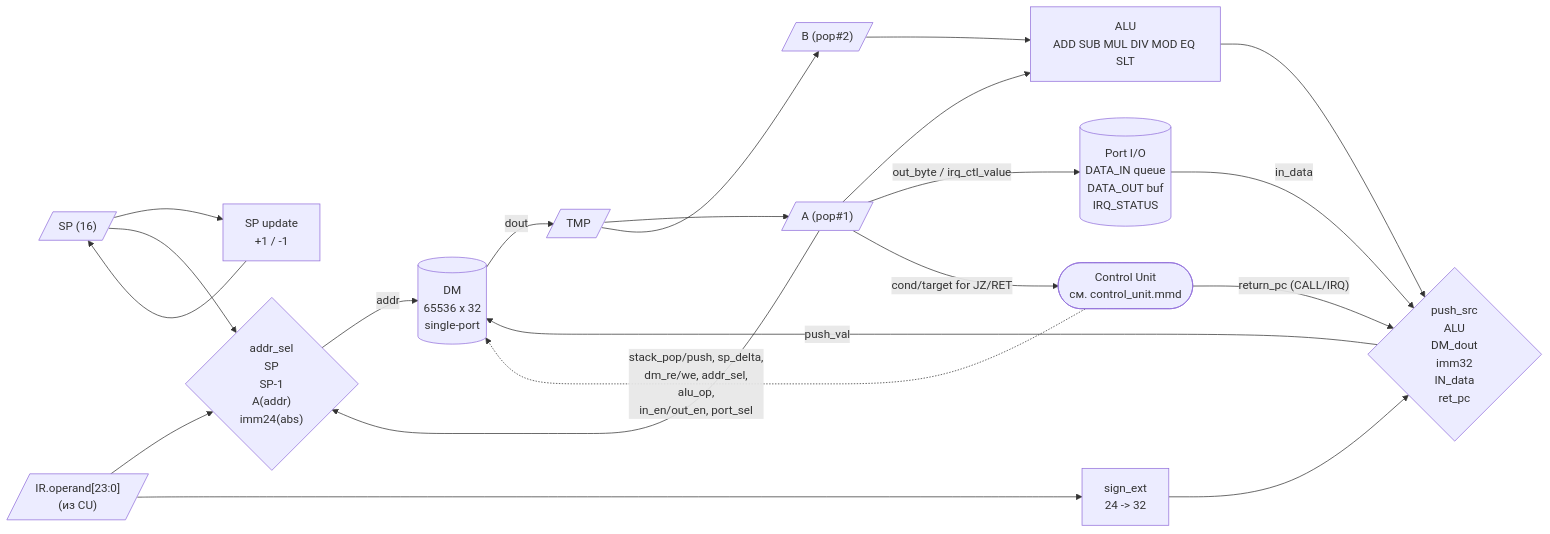
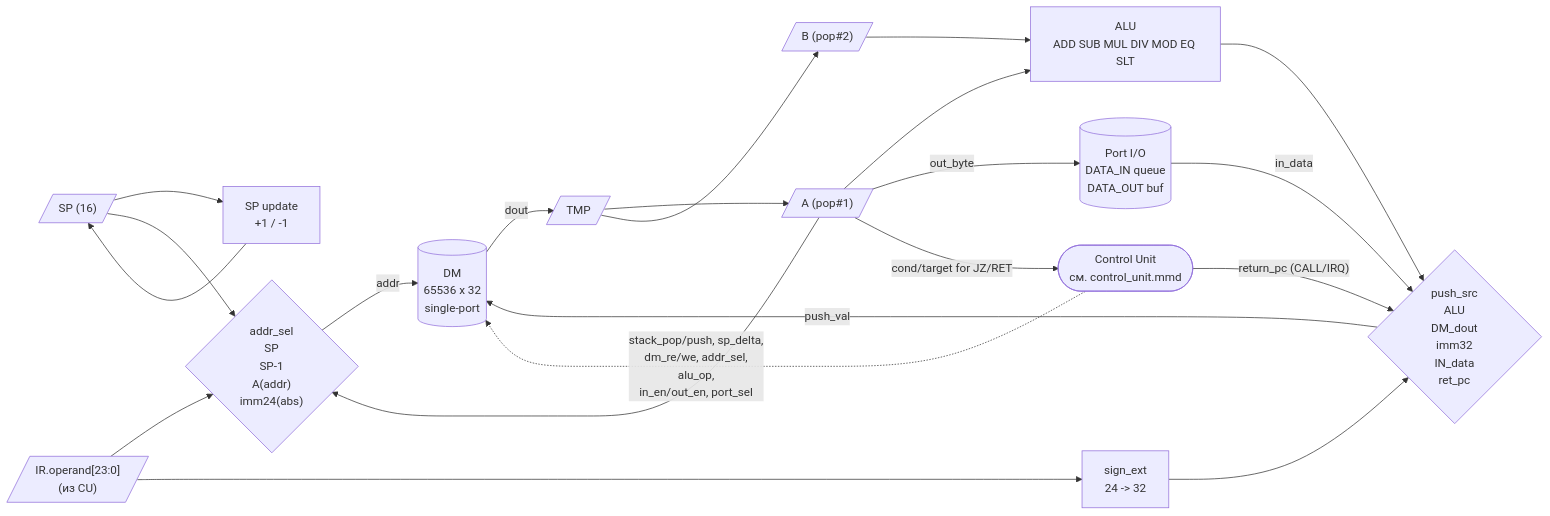
The diagram in hw/datapath.mmd (byTheTV/ak-lab4), drawn with Mermaid before and after one commit. The commit also changed 7 other files, not shown here.

```diff
--- a/hw/datapath.mmd
+++ b/hw/datapath.mmd
@@ -1,65 +1,65 @@
 %% DataPath, согласованный с src/ak_lab4/cpu.py.
 %% Стек хранится в DM, SP указывает на следующую свободную ячейку.
 %% Условные обозначения:
 %%   [/X/]  - регистр
 %%   [(M)]  - память
 %%   {MUX}  - мультиплексор
 %%   -->    - данные
 %%   -.->   - управляющий бандл
 flowchart LR
     %% ====== Регистры/буферы ======
     SP[/"SP (16)"/]
     A[/"A (pop#1)"/]
     B[/"B (pop#2)"/]
     TMP[/"TMP"/]
 
     %% ====== Память данных ======
     DM[("DM<br/>65536 x 32<br/>single-port")]
     SPSEL{"addr_sel<br/>SP<br/>SP-1<br/>A(addr)<br/>imm24(abs)"}
     SPU["SP update<br/>+1 / -1"]
 
     %% ====== ALU и immediate ======
     ALU["ALU<br/>ADD SUB MUL DIV MOD EQ SLT"]
     SEXT["sign_ext<br/>24 -> 32"]
     RESMUX{"push_src<br/>ALU<br/>DM_dout<br/>imm32<br/>IN_data<br/>ret_pc"}
 
     %% ====== Port I/O ======
-    IO[("Port I/O<br/>DATA_IN queue<br/>DATA_OUT buf<br/>IRQ_STATUS")]
+    IO[("Port I/O<br/>DATA_IN queue<br/>DATA_OUT buf")]
 
     %% ====== Интерфейс к Control Unit ======
     IRO[/"IR.operand[23:0]<br/>(из CU)"/]
     CU(["Control Unit<br/>см. control_unit.mmd"])
 
     %% ====== Базовые связи стека ======
     SP --> SPU --> SP
     SP --> SPSEL
     A --> SPSEL
     IRO --> SPSEL
     SPSEL -- "addr" --> DM
     DM -- "dout" --> TMP
 
     %% pop/pop2: чтение из DM в A/B через TMP
     TMP --> A
     TMP --> B
 
     %% ====== Арифметика ======
     A --> ALU
     B --> ALU
     ALU --> RESMUX
 
     %% ====== imm / I/O / return pc ======
     IRO --> SEXT --> RESMUX
     IO -- "in_data" --> RESMUX
     CU -- "return_pc (CALL/IRQ)" --> RESMUX
 
     %% ====== push path ======
     RESMUX -- "push_val" --> DM
 
     %% ====== out path ======
-    A -- "out_byte / irq_ctl_value" --> IO
+    A -- "out_byte" --> IO
 
     %% ====== значения в CU ======
     A -- "cond/target for JZ/RET" --> CU
 
     %% ====== Бандл управления ======
     CU -. "stack_pop/push, sp_delta,<br/>dm_re/we, addr_sel,<br/>alu_op,<br/>in_en/out_en, port_sel" .-> DM
```
